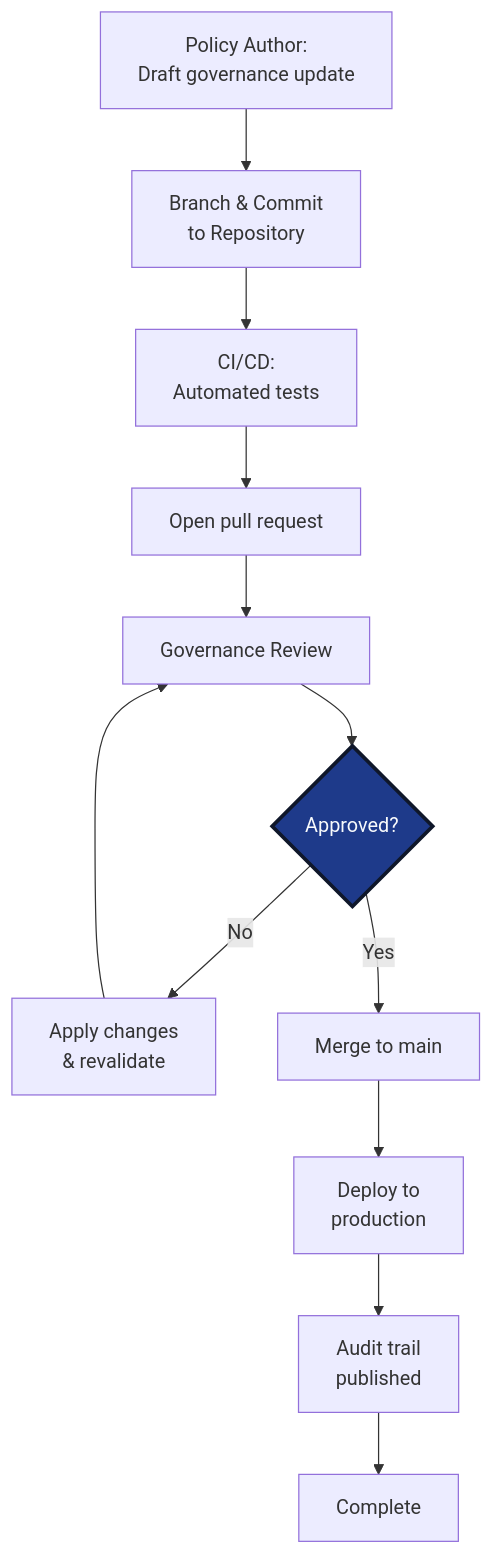
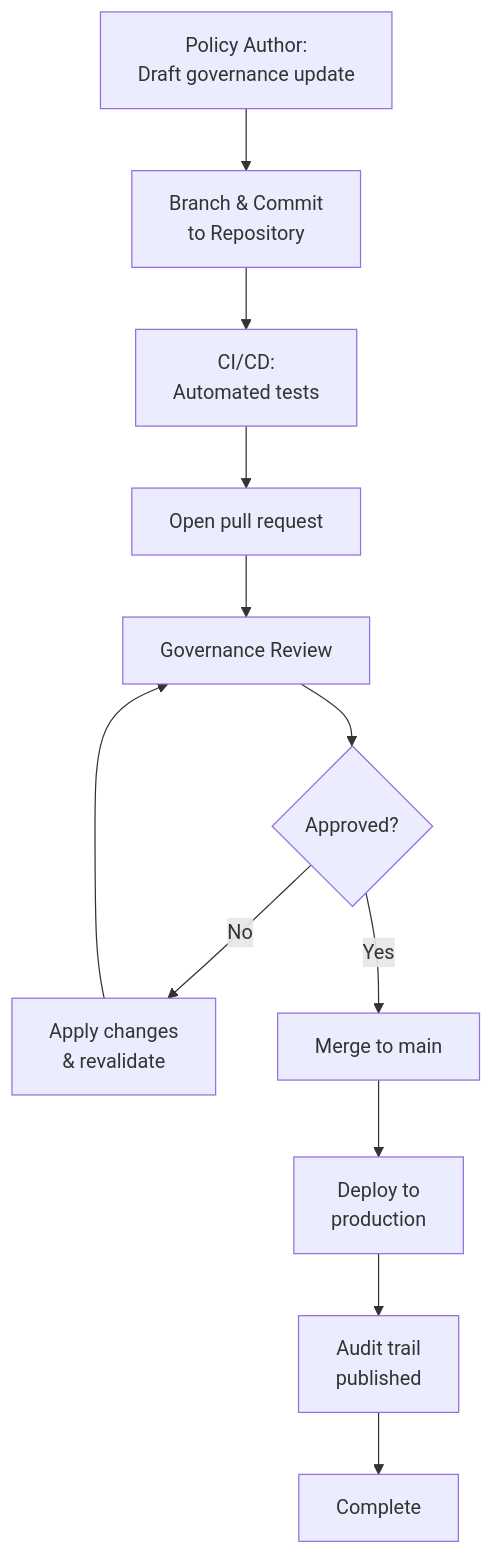
One commit to Geonitab/architecture_as_code changed the diagram in docs/images/diagram_11_governance_pipeline.mmd. Above: the diagram before and after it, drawn with Mermaid. The commit also changed 5 other files, not shown here.

First line of the commit message:
fix(diagrams): define kv-decision in the central theme and drop local classDefs

```diff
--- a/docs/images/diagram_11_governance_pipeline.mmd
+++ b/docs/images/diagram_11_governance_pipeline.mmd
@@ -1,17 +1,14 @@
 %% Governance as Code approval flow across stakeholders
 graph TD
     Start[Policy Author:<br/>Draft governance update]:::kv-primary
     Start --> Branch[Branch & Commit<br/>to Repository]:::kv-highlight
     Branch --> CI[CI/CD:<br/>Automated tests]:::kv-accent
     CI --> PR[Open pull request]:::kv-accent
     PR --> Review[Governance Review]:::kv-primary
     Review --> Comments{Approved?}:::kv-decision
     Comments -->|No| Changes[Apply changes<br/>& revalidate]:::kv-highlight
     Changes --> Review
     Comments -->|Yes| Merge[Merge to main]:::kv-primary
     Merge --> Deploy[Deploy to<br/>production]:::kv-accent
     Deploy --> Audit[Audit trail<br/>published]:::kv-primary
     Audit --> End[Complete]:::kv-accent
-    
-    classDef kv-decision fill:#1E3A8A,stroke:#0F172A,color:#F8FAFC,stroke-width:3px
-    class Comments kv-decision
```
